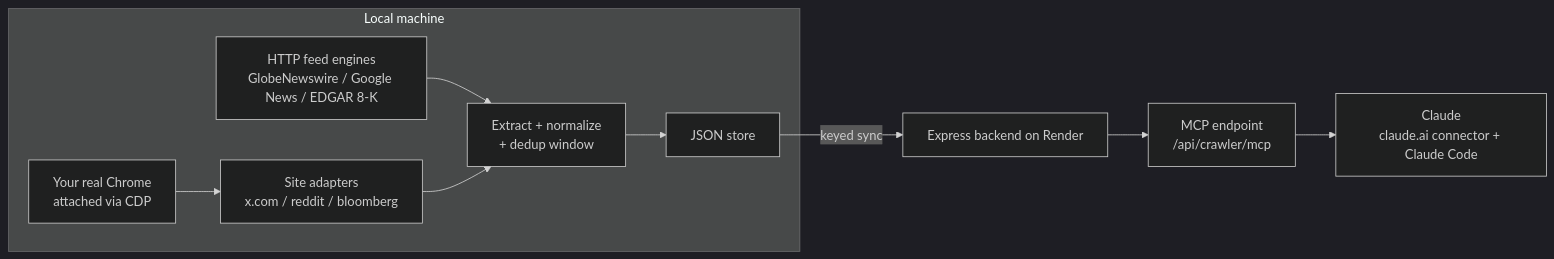
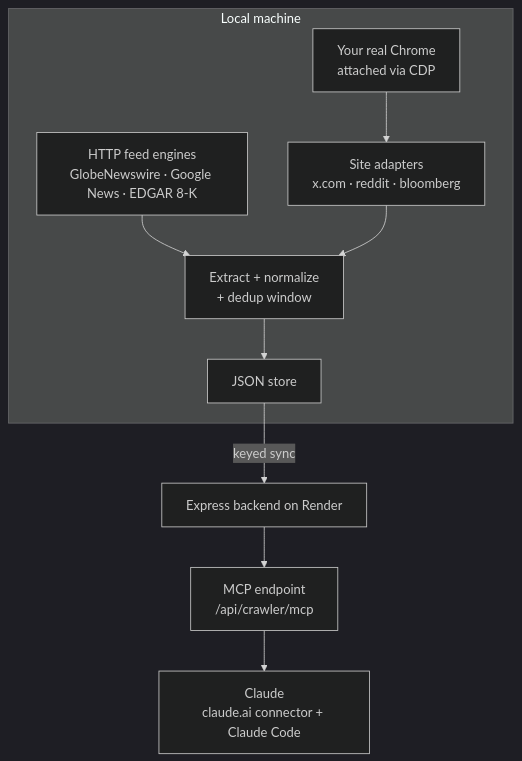
Before and after one commit to EF08/andy2_crawler: the diagram in README.md, drawn with Mermaid (dark theme).

Commit message:
README: top-down architecture diagram for readable GitHub rendering
Claude-Session: https://claude.ai/code/session_01QCcpWo1fyXRGZitR84TNph

````diff
--- a/README.md
+++ b/README.md
@@ -9,12 +9,12 @@
 ```mermaid
-flowchart LR
+flowchart TD
     subgraph local [Local machine]
-        A[Your real Chrome<br/>attached via CDP] --> B[Site adapters<br/>x.com / reddit / bloomberg]
-        C[HTTP feed engines<br/>GlobeNewswire / Google News / EDGAR 8-K] --> D
-        B --> D[Extract + normalize<br/>+ dedup window]
-        D --> E[JSON store]
+        A["Your real Chrome<br/>attached via CDP"] --> B["Site adapters<br/>x.com · reddit · bloomberg"]
+        C["HTTP feed engines<br/>GlobeNewswire · Google News · EDGAR 8-K"] --> D
+        B --> D["Extract + normalize<br/>+ dedup window"]
+        D --> E["JSON store"]
     end
-    E -->|keyed sync| F[Express backend on Render]
-    F --> G[MCP endpoint<br/>/api/crawler/mcp]
-    G --> H[Claude<br/>claude.ai connector + Claude Code]
+    E -->|keyed sync| F["Express backend on Render"]
+    F --> G["MCP endpoint<br/>/api/crawler/mcp"]
+    G --> H["Claude<br/>claude.ai connector + Claude Code"]
 ```
````
